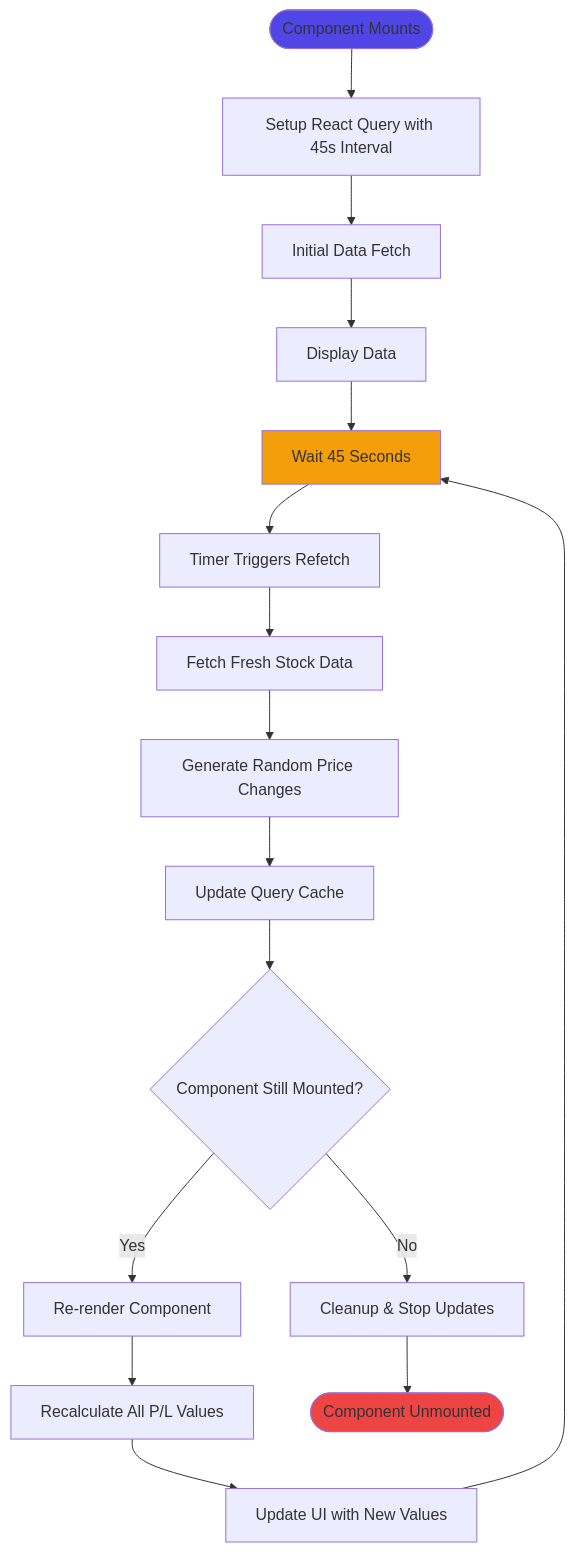
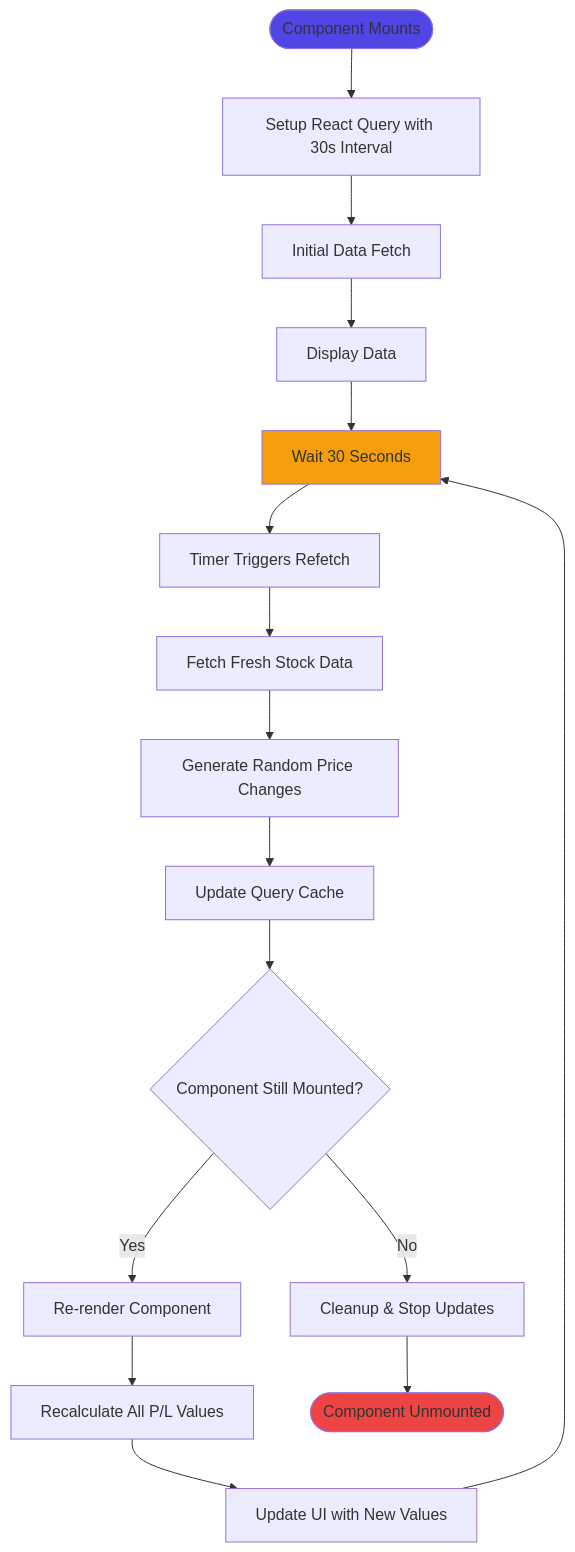
The third of 3 diagrams in docs/activity-diagrams.md (shubhamsp012/wallet-stock-quest), drawn with Mermaid before and after one commit. The commit also changed 5 other files, not shown here.

Commit message:
Add UML diagrams

````diff
--- a/docs/activity-diagrams.md
+++ b/docs/activity-diagrams.md
@@ -105,25 +105,25 @@
 ```mermaid
 flowchart TD
-    Start([Component Mounts]) --> Setup[Setup React Query with 45s Interval]
+    Start([Component Mounts]) --> Setup[Setup React Query with 30s Interval]
     Setup --> InitFetch[Initial Data Fetch]
     InitFetch --> Display[Display Data]
     
-    Display --> Wait[Wait 45 Seconds]
+    Display --> Wait[Wait 30 Seconds]
     Wait --> Trigger[Timer Triggers Refetch]
     Trigger --> FetchNew[Fetch Fresh Stock Data]
     FetchNew --> GenPrice[Generate Random Price Changes]
     GenPrice --> UpdateCache[Update Query Cache]
     UpdateCache --> CheckMount{Component Still Mounted?}
     
     CheckMount -->|Yes| Rerender[Re-render Component]
     Rerender --> RecalcPL[Recalculate All P/L Values]
     RecalcPL --> UpdateUI[Update UI with New Values]
     UpdateUI --> Wait
     
     CheckMount -->|No| Cleanup[Cleanup & Stop Updates]
     Cleanup --> End([Component Unmounted])
     
     style Start fill:#4f46e5
     style End fill:#ef4444
     style Wait fill:#f59e0b
 ```
````
